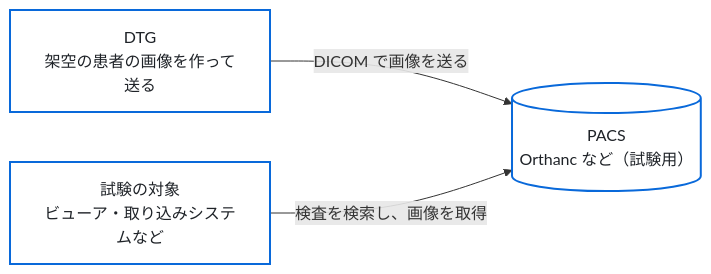
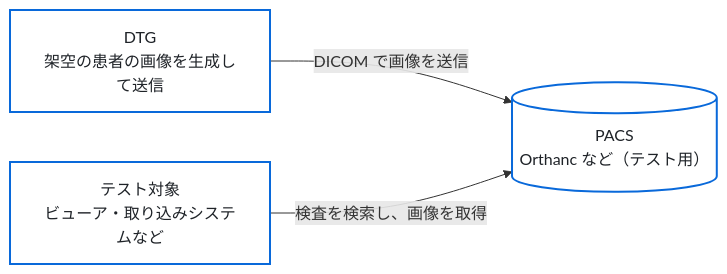
Before and after one commit to jeysunit/dicom-test-generator: the second of 2 diagrams in docs/architecture.md, drawn with Mermaid. The commit also changed other lines of this file and 33 other files, not shown here.

````diff
--- a/docs/architecture.md
+++ b/docs/architecture.md
@@ -48,11 +48,11 @@
 ```mermaid
 flowchart LR
   classDef box fill:#ffffff,stroke:#0969da,stroke-width:2px,color:#1f2328
 
-  DTG["DTG<br/>架空の患者の画像を作って送る"]:::box
-  PACS[("PACS<br/>Orthanc など（試験用）")]:::box
-  TARGET["試験の対象<br/>ビューア・取り込みシステムなど"]:::box
+  DTG["DTG<br/>架空の患者の画像を生成して送信"]:::box
+  PACS[("PACS<br/>Orthanc など（テスト用）")]:::box
+  TARGET["テスト対象<br/>ビューア・取り込みシステムなど"]:::box
 
-  DTG -->|"DICOM で画像を送る"| PACS
+  DTG -->|"DICOM で画像を送信"| PACS
   TARGET -->|"検査を検索し、画像を取得"| PACS
 ```
````
